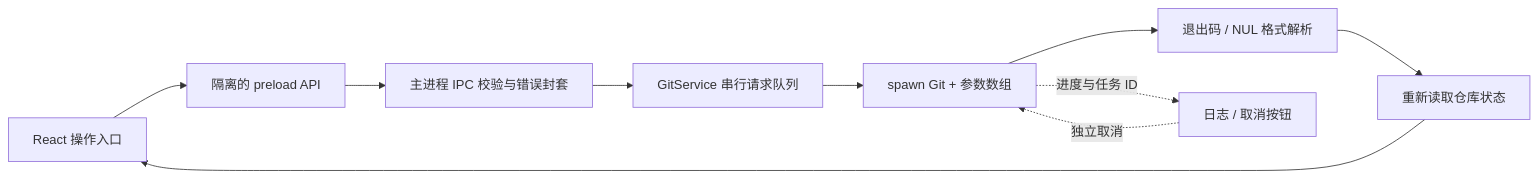
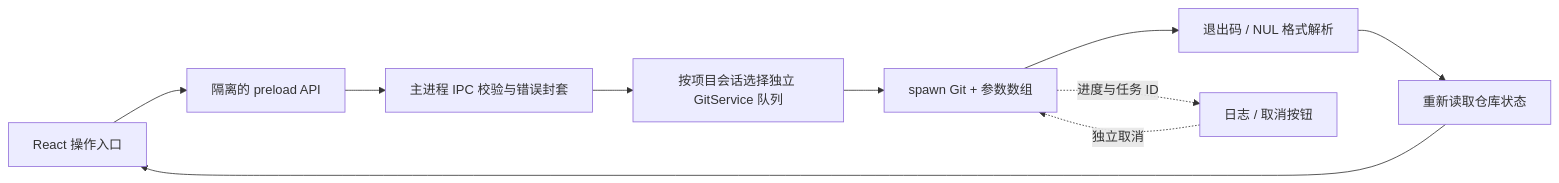
One commit to Lord-GEO/HarborGit changed the diagram in docs/IMPLEMENTATION.md. Above: the diagram before and after it, drawn with Mermaid. The commit also changed other lines of this file and 30 other files, not shown here.

````diff
--- a/docs/IMPLEMENTATION.md
+++ b/docs/IMPLEMENTATION.md
@@ -5,12 +5,12 @@
 ```mermaid
 flowchart LR
   UI[React 操作入口] --> API[隔离的 preload API]
   API --> IPC[主进程 IPC 校验与错误封套]
-  IPC --> Queue[GitService 串行请求队列]
+  IPC --> Queue[按项目会话选择独立 GitService 队列]
   Queue --> CLI[spawn Git + 参数数组]
   CLI --> Parse[退出码 / NUL 格式解析]
   Parse --> Snapshot[重新读取仓库状态]
   Snapshot --> UI
   CLI -.进度与任务 ID.-> Log[日志 / 取消按钮]
   Log -.独立取消.-> CLI
 ```
````
